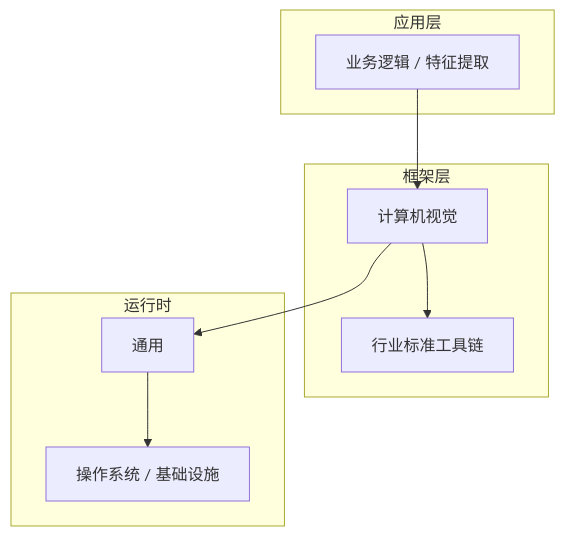
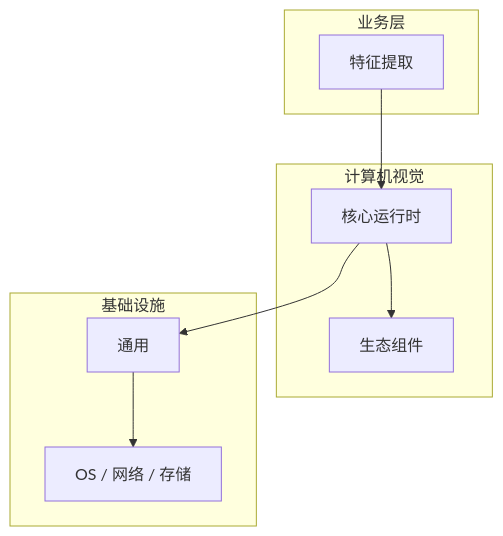
The diagram in articles/计算机视觉/chapters/025-特征提取核心概念与原理.md (yanggan2015/knowledge-json-v2), drawn with Mermaid before and after one commit. The commit also changed other lines of this file and 10127 other files, not shown here.

````diff
--- a/articles/计算机视觉/chapters/025-特征提取核心概念与原理.md
+++ b/articles/计算机视觉/chapters/025-特征提取核心概念与原理.md
@@ -45,18 +30,18 @@
 ```mermaid
 graph TB
-    subgraph 应用层
-        A[业务逻辑 / 特征提取]
+    subgraph 业务层
+        A[特征提取]
     end
-    subgraph 框架层
-        B[计算机视觉]
-        C[行业标准工具链]
+    subgraph 计算机视觉
+        B[核心运行时]
+        C[生态组件]
     end
-    subgraph 运行时
+    subgraph 基础设施
         D[通用]
-        E[操作系统 / 基础设施]
+        E[OS / 网络 / 存储]
     end
     A --> B
     B --> C
     B --> D
     D --> E
 ```
````
